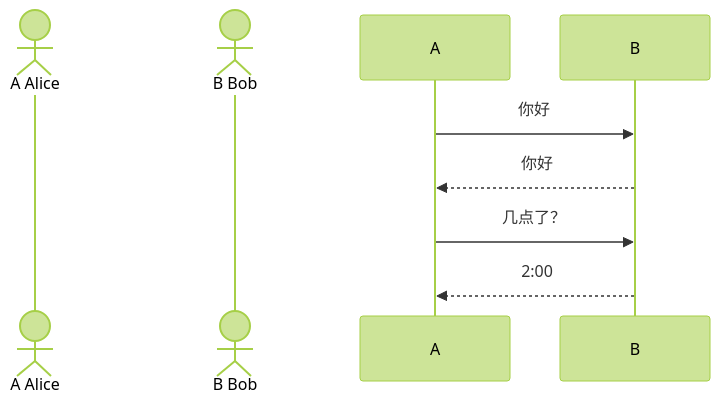
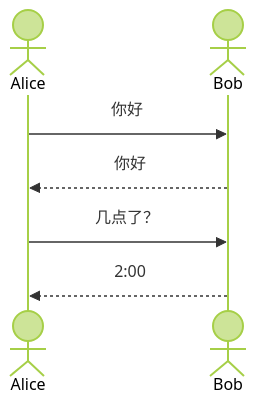
One commit to Meer-Matze/Meer-Matze.github.io changed the first of 11 diagrams in src/content/posts/计算机网络和因特网.md. Above: the diagram before and after it, drawn with Mermaid (forest theme). The commit also changed other lines of this file and 3 other files, not shown here.

````diff
--- a/src/content/posts/计算机网络和因特网.md
+++ b/src/content/posts/计算机网络和因特网.md
@@ -145,9 +145,9 @@
 ```mermaid
 sequenceDiagram
-    actor A Alice
-    actor B Bob
+    actor A as Alice
+    actor B as Bob
     A->>B: 你好
     B-->>A: 你好
     A->>B: 几点了？
     B-->>A: 2:00
 ```
````
